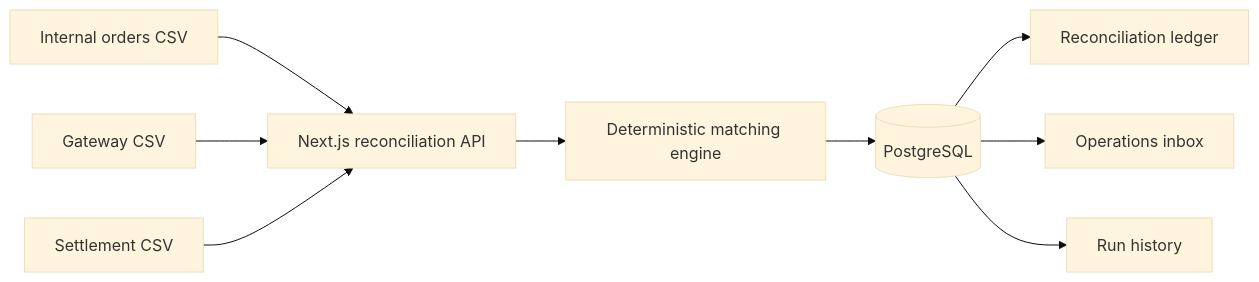
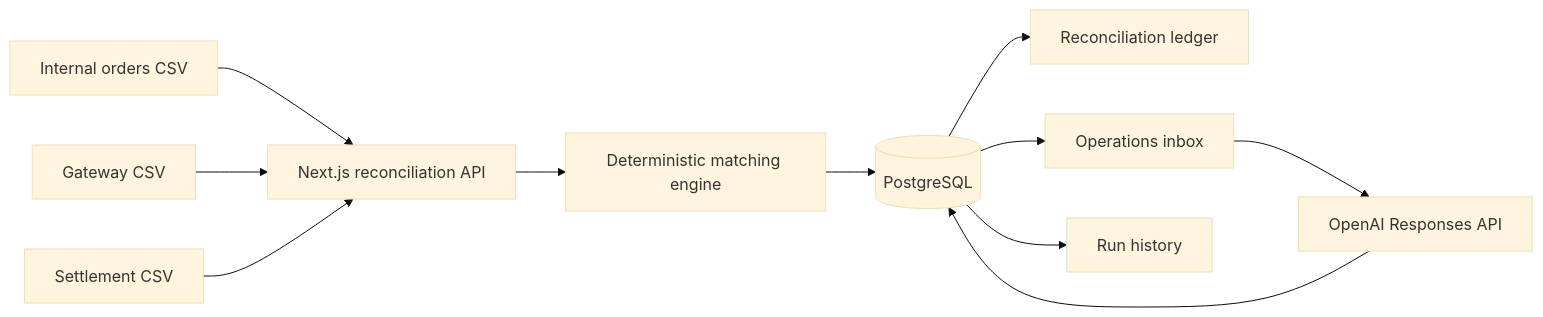
Before and after one commit to himanisharrma/payops-copilot: the diagram in README.md, drawn with Mermaid (base theme). The commit also changed other lines of this file and 13 other files, not shown here.

````diff
--- a/README.md
+++ b/README.md
@@ -36,11 +38,13 @@
 ```mermaid
 flowchart LR
     A[Internal orders CSV] --> D[Next.js reconciliation API]
     B[Gateway CSV] --> D
     C[Settlement CSV] --> D
     D --> E[Deterministic matching engine]
     E --> F[(PostgreSQL)]
     F --> G[Reconciliation ledger]
     F --> H[Operations inbox]
     F --> I[Run history]
+    H --> J[OpenAI Responses API]
+    J --> F
 ```
````
